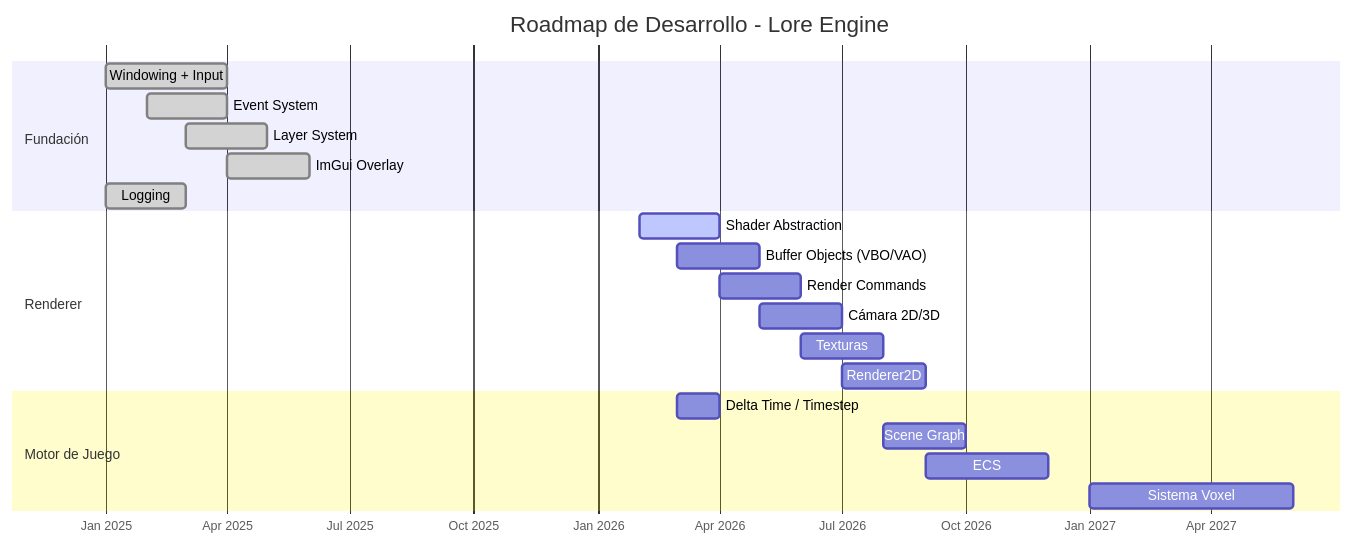
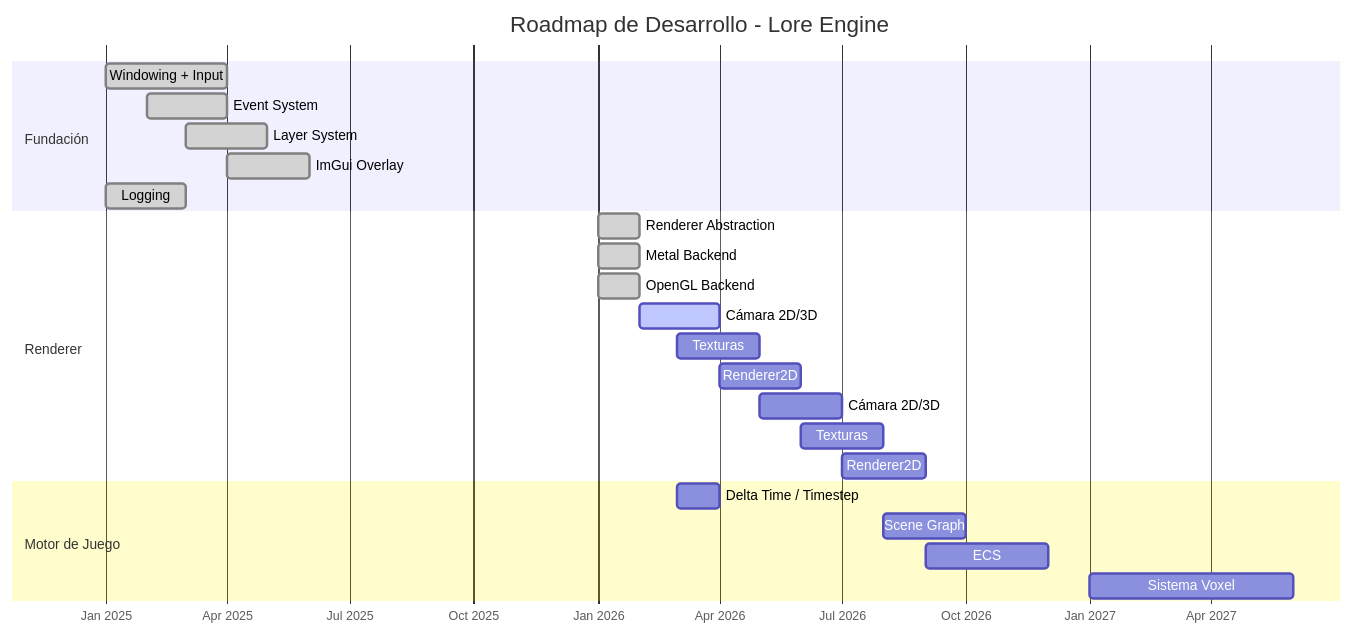
The fifth of 5 diagrams in README.md (Tanque40/Lore), drawn with Mermaid before and after one commit. The commit also changed other lines of this file, not shown here.

Commit message:
Update README.md to reflect multi-backend support for Metal and OpenGL, enhance renderer abstraction details, and clarify project structure

````diff
--- a/README.md
+++ b/README.md
@@ -484,27 +630,30 @@
 ```mermaid
 gantt
     title Roadmap de Desarrollo - Lore Engine
     dateFormat YYYY-MM
     axisFormat %b %Y
 
     section Fundación
     Windowing + Input         :done, 2025-01, 2025-04
     Event System              :done, 2025-02, 2025-04
     Layer System              :done, 2025-03, 2025-05
     ImGui Overlay             :done, 2025-04, 2025-06
     Logging                   :done, 2025-01, 2025-03
 
     section Renderer
-    Shader Abstraction        :active, 2026-02, 2026-04
-    Buffer Objects (VBO/VAO)  : 2026-03, 2026-05
-    Render Commands           : 2026-04, 2026-06
+    Renderer Abstraction      :done, 2026-01, 2026-02
+    Metal Backend             :done, 2026-01, 2026-02
+    OpenGL Backend            :done, 2026-01, 2026-02
+    Cámara 2D/3D              :active, 2026-02, 2026-04
+    Texturas                  : 2026-03, 2026-05
+    Renderer2D                : 2026-04, 2026-06
     Cámara 2D/3D              : 2026-05, 2026-07
     Texturas                  : 2026-06, 2026-08
     Renderer2D                : 2026-07, 2026-09
 
     section Motor de Juego
     Delta Time / Timestep     : 2026-03, 2026-04
     Scene Graph               : 2026-08, 2026-10
     ECS                       : 2026-09, 2026-12
     Sistema Voxel             : 2027-01, 2027-06
 ```
````
